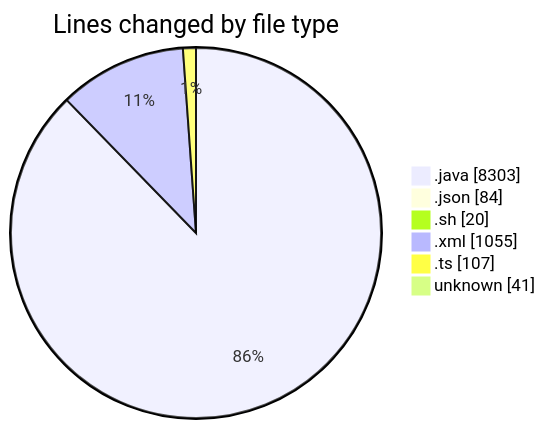
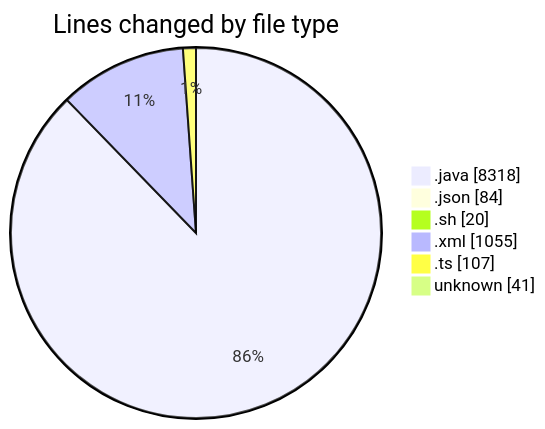
The first of 2 diagrams in 2025-02-23/micros/README.md (charlie-sans/code-tracking), drawn with Mermaid before and after one commit. The commit also changed other lines of this file and 1 other file, not shown here.

````diff
--- a/2025-02-23/micros/README.md
+++ b/2025-02-23/micros/README.md
@@ -57,10 +57,10 @@
 ```mermaid
 pie showData
 title Lines changed by file type
-".java" : 8303
+".java" : 8318
 ".json" : 84
 ".sh" : 20
 ".xml" : 1055
 ".ts" : 107
 "unknown" : 41
 ```
````
